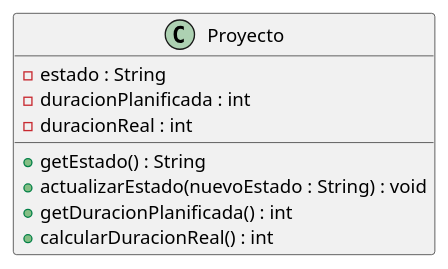
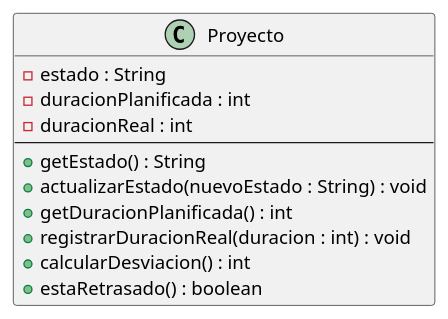
One commit to GonzaloBarbano/SistemaProductoraVideos changed the diagram in diagramas/01-diagrama-clases/Ejemplo-de-Encapsulamiento(Santiago-Samitier).puml. Above: the diagram before and after it, drawn with PlantUML. The commit also changed 17 other files, not shown here.

```diff
--- a/diagramas/01-diagrama-clases/Ejemplo-de-Encapsulamiento(Santiago-Samitier).puml
+++ b/diagramas/01-diagrama-clases/Ejemplo-de-Encapsulamiento(Santiago-Samitier).puml
@@ -1,11 +1,14 @@
 @startuml
 class Proyecto {
   - estado : String
   - duracionPlanificada : int
   - duracionReal : int
+  --
   + getEstado() : String
   + actualizarEstado(nuevoEstado : String) : void
   + getDuracionPlanificada() : int
-  + calcularDuracionReal() : int
+  + registrarDuracionReal(duracion : int) : void
+  + calcularDesviacion() : int
+  + estaRetrasado() : boolean
 }
 @enduml
```
